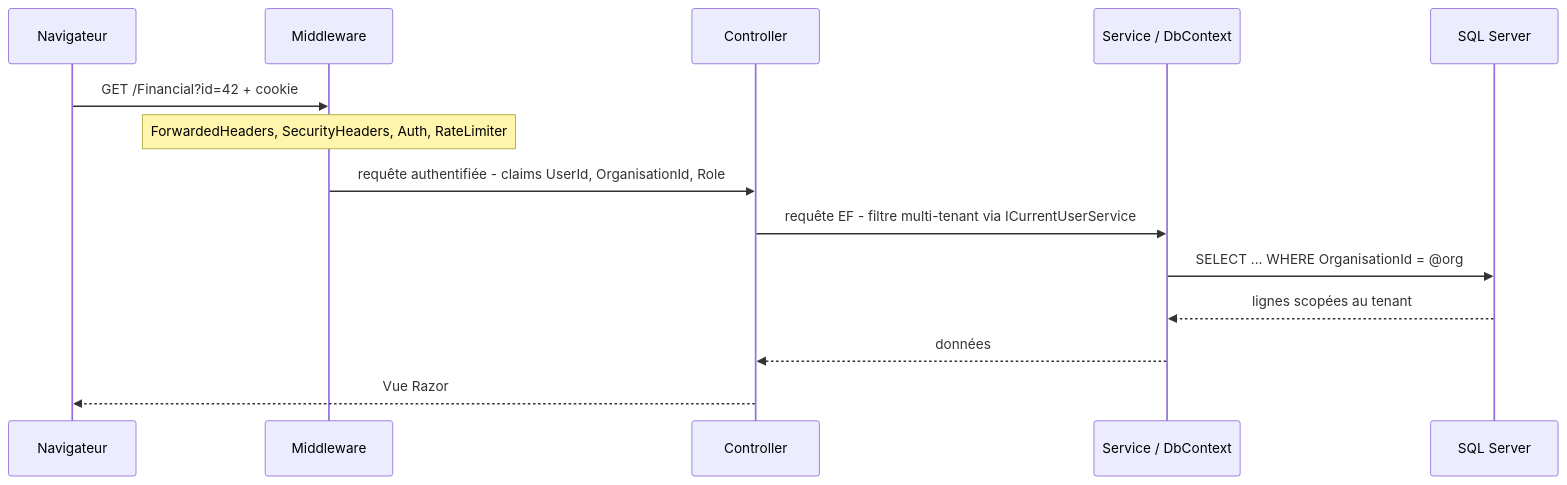
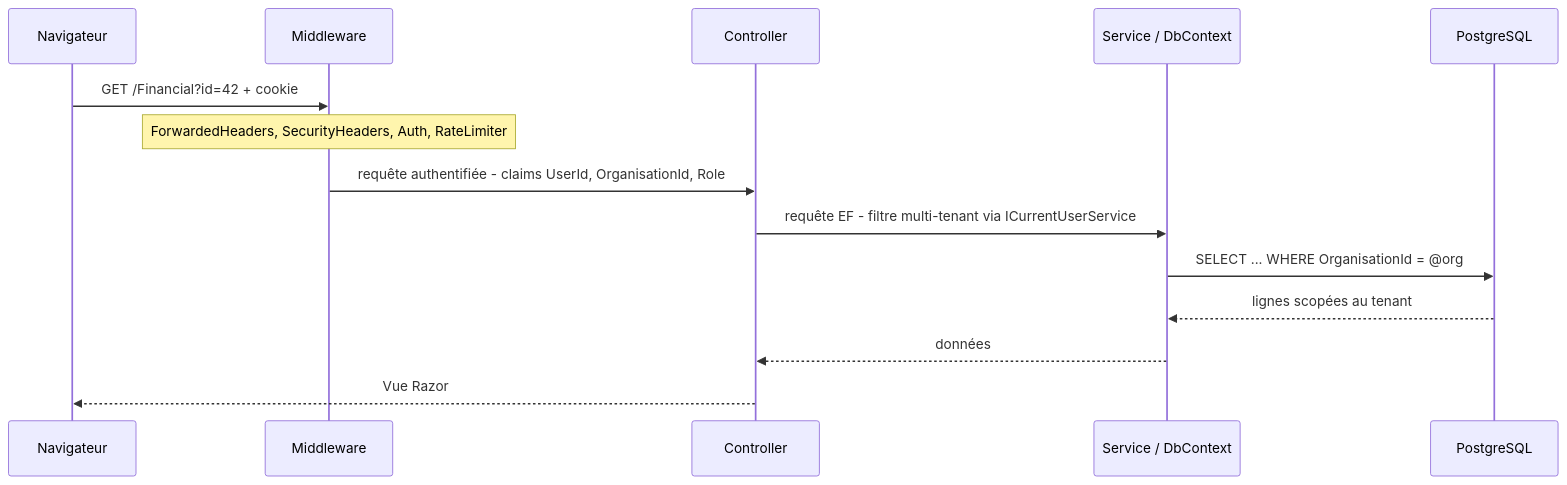
The fourth of 4 diagrams in docs/architecture.md (ogautier1980/cedeva-v2), drawn with Mermaid before and after one commit. The commit also changed other lines of this file and 69 other files, not shown here.

````diff
--- a/docs/architecture.md
+++ b/docs/architecture.md
@@ -81,17 +81,17 @@
 ```mermaid
 sequenceDiagram
     participant B as Navigateur
     participant MW as Middleware
     participant C as Controller
     participant S as Service / DbContext
-    participant DB as SQL Server
+    participant DB as PostgreSQL
 
     B->>MW: GET /Financial?id=42 + cookie
     Note over MW: ForwardedHeaders, SecurityHeaders, Auth, RateLimiter
     MW->>C: requête authentifiée - claims UserId, OrganisationId, Role
     C->>S: requête EF - filtre multi-tenant via ICurrentUserService
     S->>DB: SELECT ... WHERE OrganisationId = @org
     DB-->>S: lignes scopées au tenant
     S-->>C: données
     C-->>B: Vue Razor
 ```
````
